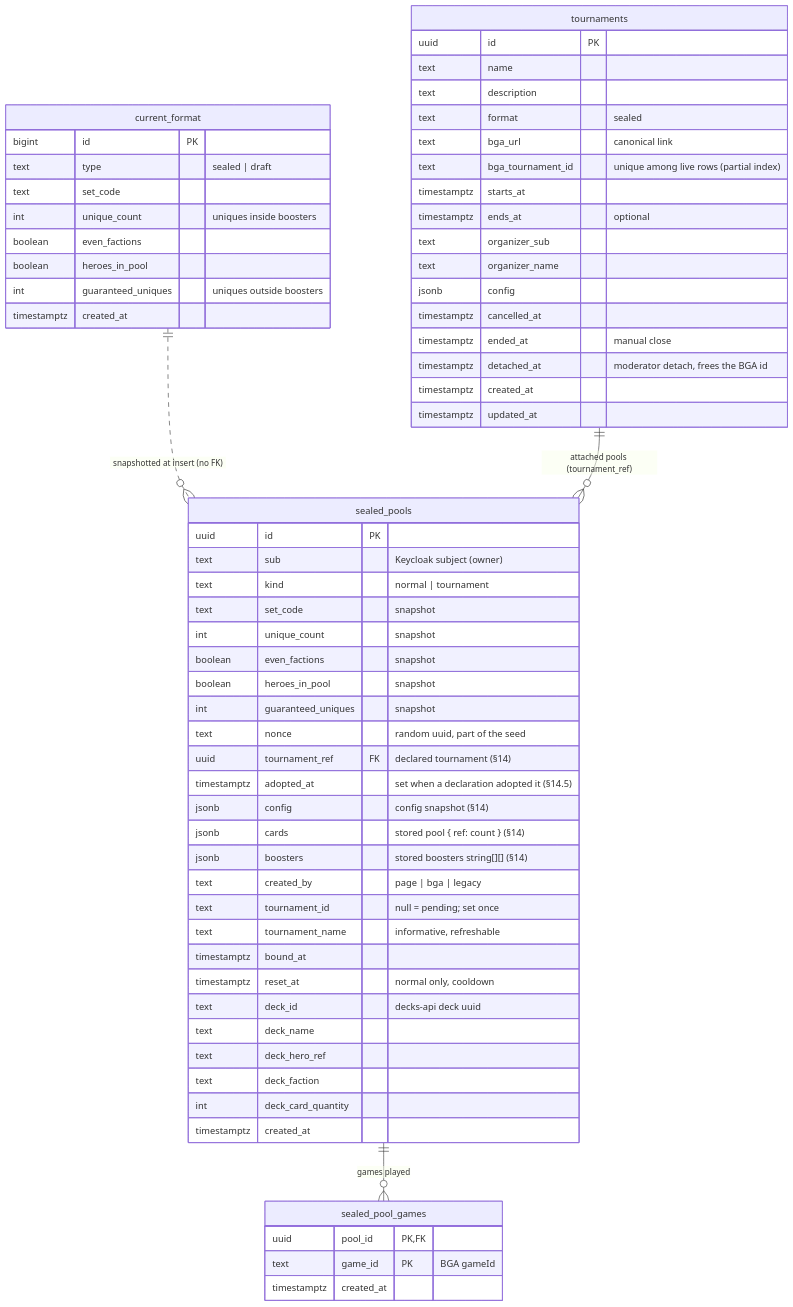
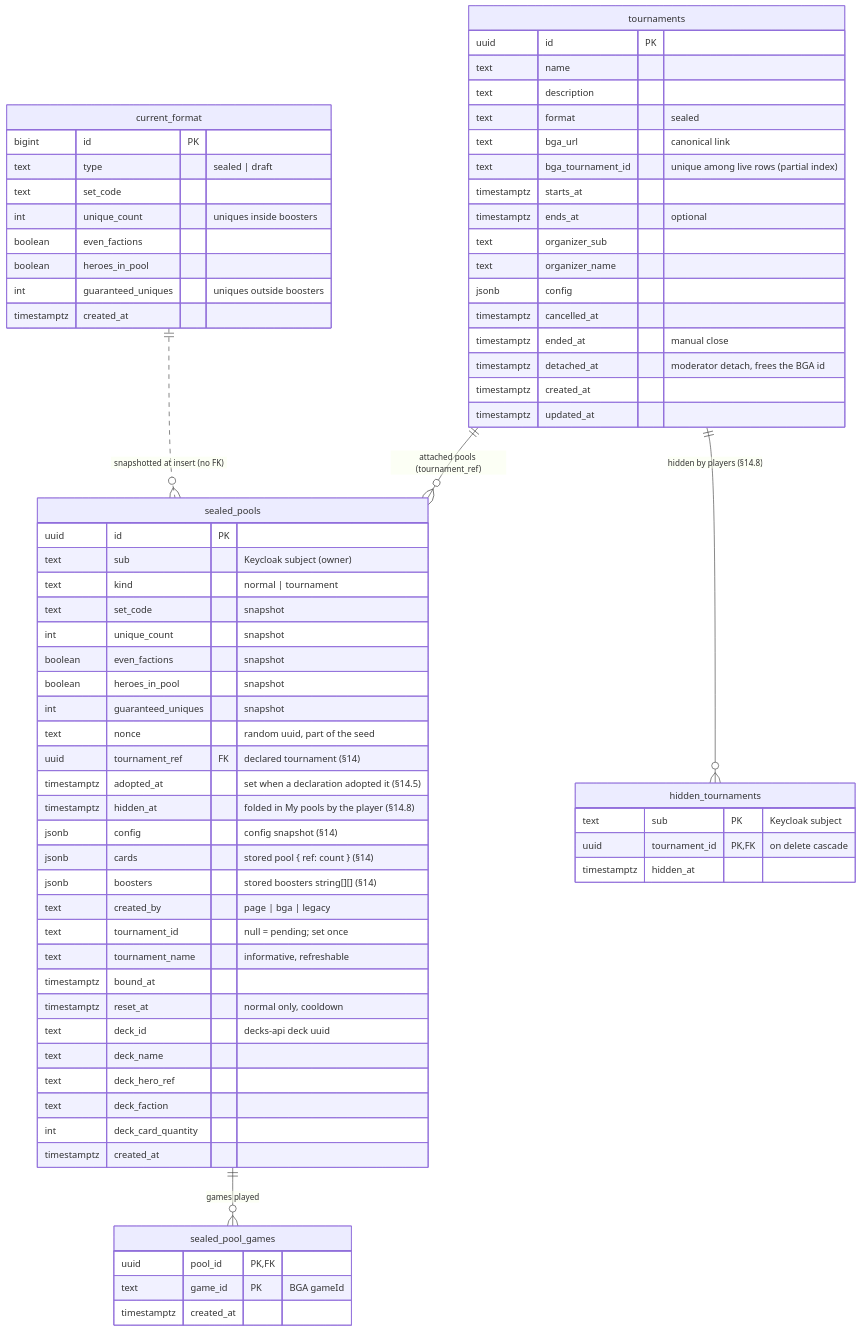
The seventh of 7 diagrams in docs/tournaments/README.md (Altered-Re-Union/altered-draft), drawn with Mermaid before and after one commit. The commit also changed other lines of this file and 19 other files, not shown here.

First line of the commit message:
Hub: fold finished pools, hide pools and ongoing tournaments by hand

````diff
--- a/docs/tournaments/README.md
+++ b/docs/tournaments/README.md
@@ -626,66 +627,73 @@
 ```mermaid
 erDiagram
   current_format {
     bigint id PK
     text type "sealed | draft"
     text set_code
     int unique_count "uniques inside boosters"
     boolean even_factions
     boolean heroes_in_pool
     int guaranteed_uniques "uniques outside boosters"
     timestamptz created_at
   }
   sealed_pools {
     uuid id PK
     text sub "Keycloak subject (owner)"
     text kind "normal | tournament"
     text set_code "snapshot"
     int unique_count "snapshot"
     boolean even_factions "snapshot"
     boolean heroes_in_pool "snapshot"
     int guaranteed_uniques "snapshot"
     text nonce "random uuid, part of the seed"
     uuid tournament_ref FK "declared tournament (§14)"
     timestamptz adopted_at "set when a declaration adopted it (§14.5)"
+    timestamptz hidden_at "folded in My pools by the player (§14.8)"
     jsonb config "config snapshot (§14)"
     jsonb cards "stored pool { ref: count } (§14)"
     jsonb boosters "stored boosters string[][] (§14)"
     text created_by "page | bga | legacy"
     text tournament_id "null = pending; set once"
     text tournament_name "informative, refreshable"
     timestamptz bound_at
     timestamptz reset_at "normal only, cooldown"
     text deck_id "decks-api deck uuid"
     text deck_name
     text deck_hero_ref
     text deck_faction
     int deck_card_quantity
     timestamptz created_at
   }
   tournaments {
     uuid id PK
     text name
     text description
     text format "sealed"
     text bga_url "canonical link"
     text bga_tournament_id "unique among live rows (partial index)"
     timestamptz starts_at
     timestamptz ends_at "optional"
     text organizer_sub
     text organizer_name
     jsonb config
     timestamptz cancelled_at
     timestamptz ended_at "manual close"
     timestamptz detached_at "moderator detach, frees the BGA id"
     timestamptz created_at
     timestamptz updated_at
   }
+  hidden_tournaments {
+    text sub PK "Keycloak subject"
+    uuid tournament_id PK,FK "on delete cascade"
+    timestamptz hidden_at
+  }
   sealed_pool_games {
     uuid pool_id PK,FK
     text game_id PK "BGA gameId"
     timestamptz created_at
   }
   current_format ||..o{ sealed_pools : "snapshotted at insert (no FK)"
   sealed_pools ||--o{ sealed_pool_games : "games played"
   tournaments ||--o{ sealed_pools : "attached pools (tournament_ref)"
+  tournaments ||--o{ hidden_tournaments : "hidden by players (§14.8)"
 ```
````
